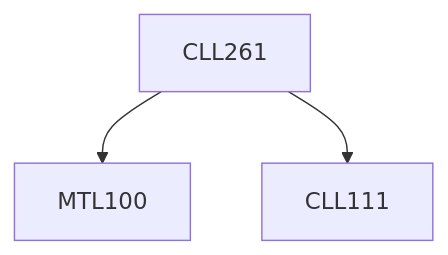
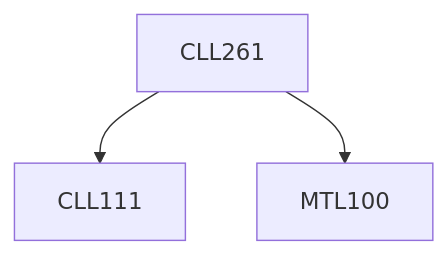
Before and after one commit to KeshavBansal0122/CoS_Website: the diagram in content/Chemical Engineering/CLL261.md, drawn with Mermaid. The commit also changed other lines of this file and 392 other files, not shown here.

````diff
--- a/content/Chemical Engineering/CLL261.md
+++ b/content/Chemical Engineering/CLL261.md
@@ -15,9 +15,9 @@
 ```mermaid
 flowchart TD
 CLL261-115[CLL261]
+CLL261-115 --> CLL111-115[CLL111]
 CLL261-115 --> MTL100-115[MTL100]
-CLL261-115 --> CLL111-115[CLL111]
 
 classDef empty height:17px, fill:transparent, stroke:transparent;
 classDef trueEmpty height:0px, width:0px;
 ```
````
